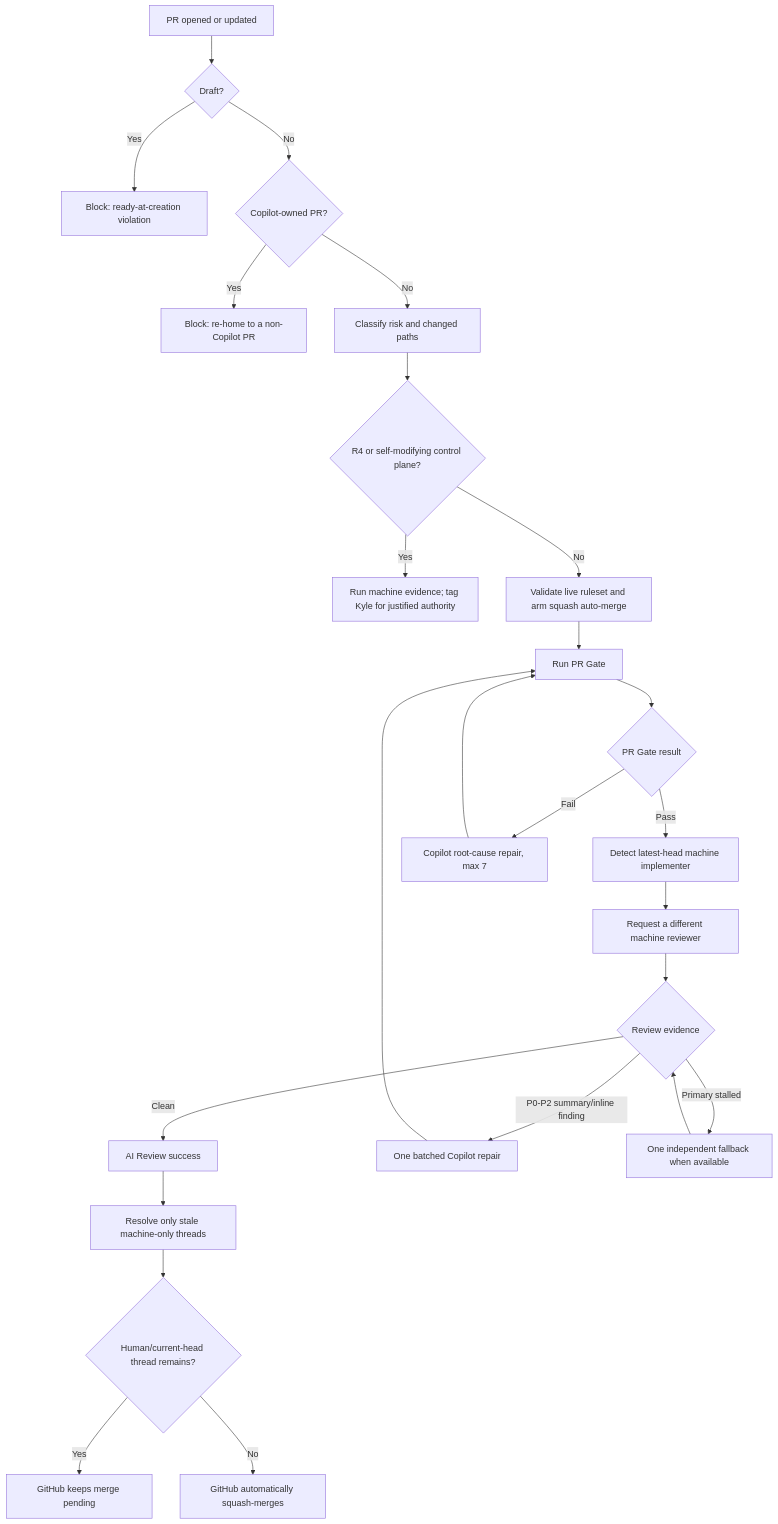
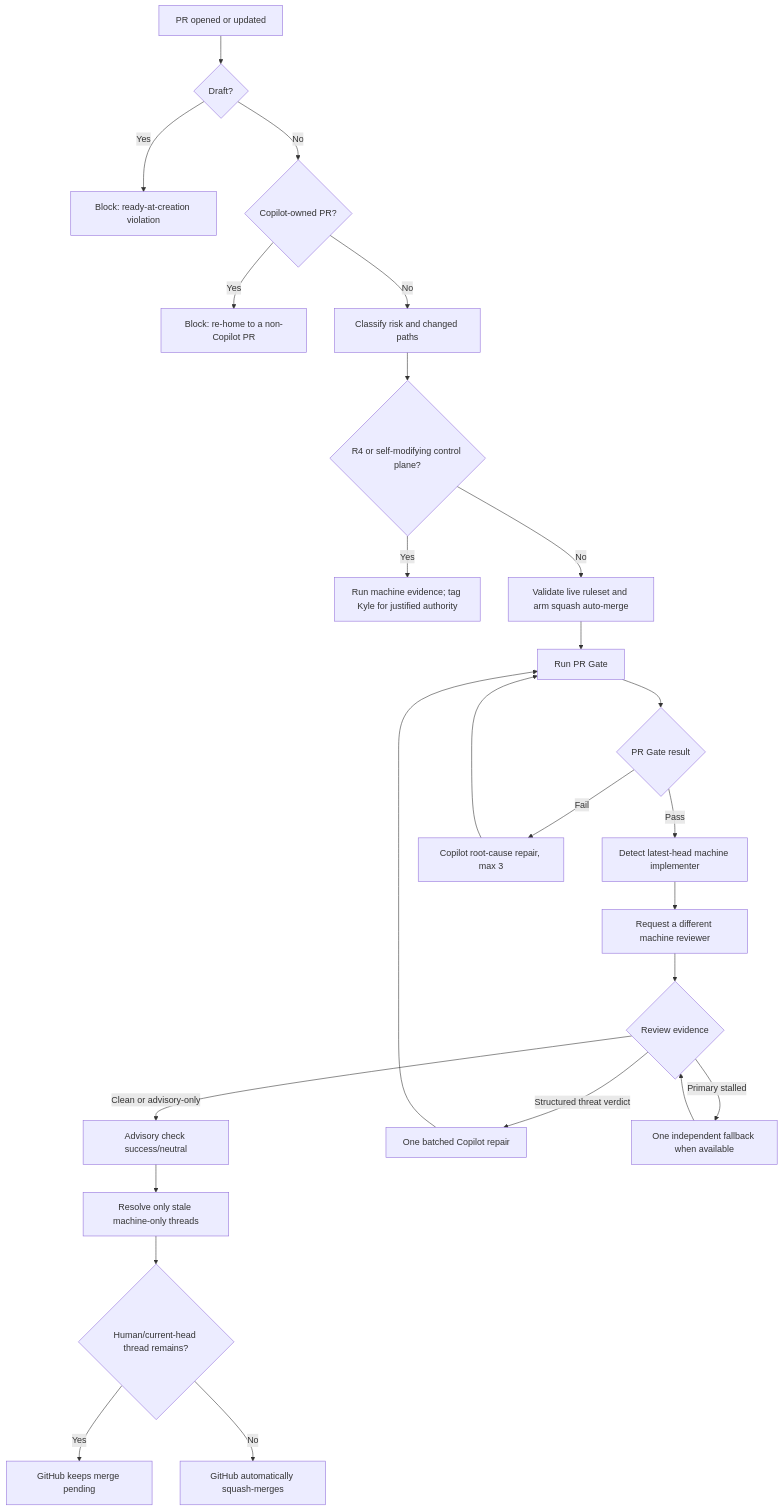
Before and after one commit to kgsmith19/agent-engineering-standard: the diagram in DELIVERY_GITHUB.md, drawn with Mermaid. The commit also changed other lines of this file and 46 other files, not shown here.

First line of the commit message:
fix #52: corrected control plane — arming crash, threat-tier advisory review, pipeline taxonomy (#55)

````diff
--- a/DELIVERY_GITHUB.md
+++ b/DELIVERY_GITHUB.md
@@ -68,27 +68,27 @@
 ```mermaid
 flowchart TD
     A[PR opened or updated] --> B{Draft?}
     B -- Yes --> C[Block: ready-at-creation violation]
     B -- No --> D{Copilot-owned PR?}
     D -- Yes --> E[Block: re-home to a non-Copilot PR]
     D -- No --> H[Classify risk and changed paths]
     H --> I{R4 or self-modifying control plane?}
     I -- Yes --> J[Run machine evidence; tag Kyle for justified authority]
     I -- No --> K[Validate live ruleset and arm squash auto-merge]
     K --> L[Run PR Gate]
     L --> M{PR Gate result}
     M -- Pass --> N[Detect latest-head machine implementer]
-    M -- Fail --> O[Copilot root-cause repair, max 7]
+    M -- Fail --> O[Copilot root-cause repair, max 3]
     O --> L
     N --> P[Request a different machine reviewer]
     P --> Q{Review evidence}
-    Q -- Clean --> R[AI Review success]
-    Q -- P0-P2 summary/inline finding --> S[One batched Copilot repair]
+    Q -- Clean or advisory-only --> R[Advisory check success/neutral]
+    Q -- Structured threat verdict --> S[One batched Copilot repair]
     S --> L
     Q -- Primary stalled --> T[One independent fallback when available]
     T --> Q
     R --> U[Resolve only stale machine-only threads]
     U --> V{Human/current-head thread remains?}
     V -- Yes --> W[GitHub keeps merge pending]
     V -- No --> X[GitHub automatically squash-merges]
 ```
````
